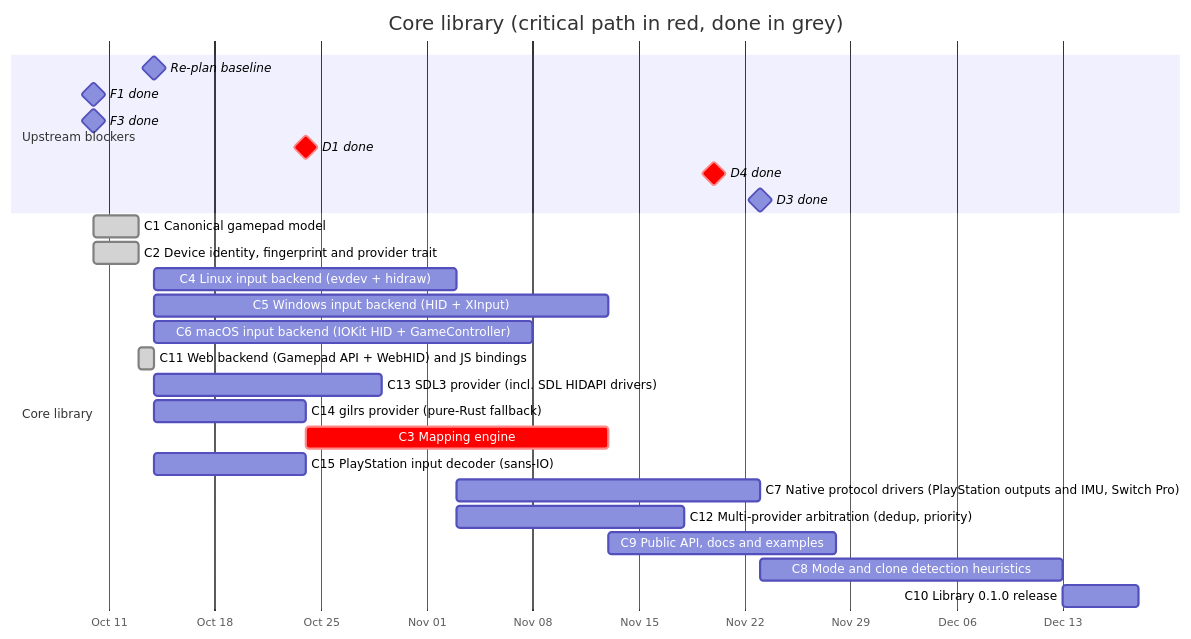
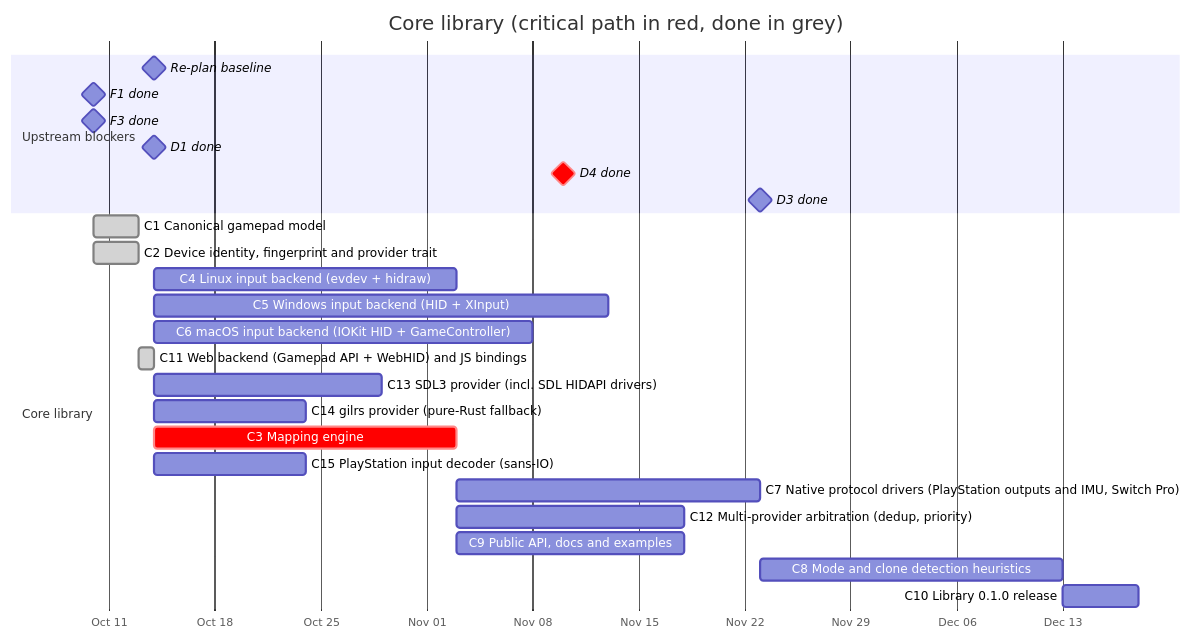
One commit to anygamepad/anygamepad.github.io changed the diagram in ROADMAP/2026-10-14/01-core-library.md. Above: the diagram before and after it, drawn with Mermaid. The commit also changed other lines of this file and 35 other files, not shown here.

First line of the commit message:
D1, D2: device profile format, JSON Schema and SDL GameControllerDB importer; tester theme switch (#8)

````diff
--- a/ROADMAP/2026-10-14/01-core-library.md
+++ b/ROADMAP/2026-10-14/01-core-library.md
@@ -14,29 +14,29 @@
 ```mermaid
 gantt
     dateFormat YYYY-MM-DD
     axisFormat %b %d
     title Core library (critical path in red, done in grey)
     section Upstream blockers
     Re-plan baseline :milestone, t0, 2026-10-14, 0d
     F1 done :milestone, f1, 2026-10-10, 0d
     F3 done :milestone, f3, 2026-10-10, 0d
-    D1 done :milestone, crit, d1, 2026-10-24, 0d
-    D4 done :milestone, crit, d4, 2026-11-20, 0d
+    D1 done :milestone, d1, 2026-10-14, 0d
+    D4 done :milestone, crit, d4, 2026-11-10, 0d
     D3 done :milestone, d3, 2026-11-23, 0d
     section Core library
     C1 Canonical gamepad model :done, c1, 2026-10-10, 3d
     C2 Device identity, fingerprint and provider trait :done, c2, 2026-10-10, 3d
     C4 Linux input backend (evdev + hidraw) :c4, after c1 c2 t0, 20d
     C5 Windows input backend (HID + XInput) :c5, after c1 c2 t0, 30d
     C6 macOS input backend (IOKit HID + GameController) :c6, after c1 c2 t0, 25d
     C11 Web backend (Gamepad API + WebHID) and JS bindings :done, c11, 2026-10-13, 1d
     C13 SDL3 provider (incl. SDL HIDAPI drivers) :c13, after c1 c2 t0, 15d
     C14 gilrs provider (pure-Rust fallback) :c14, after c1 c2 t0, 10d
-    C3 Mapping engine :crit, c3, after c1 d1, 20d
+    C3 Mapping engine :crit, c3, after c1 d1 t0, 20d
     C15 PlayStation input decoder (sans-IO) :c15, after c1 c2 t0, 10d
     C7 Native protocol drivers (PlayStation outputs and IMU, Switch Pro) :c7, after c4 c15, 20d
     C12 Multi-provider arbitration (dedup, priority) :c12, after c4 c13, 15d
     C9 Public API, docs and examples :c9, after c3, 15d
     C8 Mode and clone detection heuristics :c8, after c3 c4 d3, 20d
     C10 Library 0.1.0 release :c10, after c5 c6 c7 c8 c9 c11 c12 c14 d4, 5d
 ```
````
